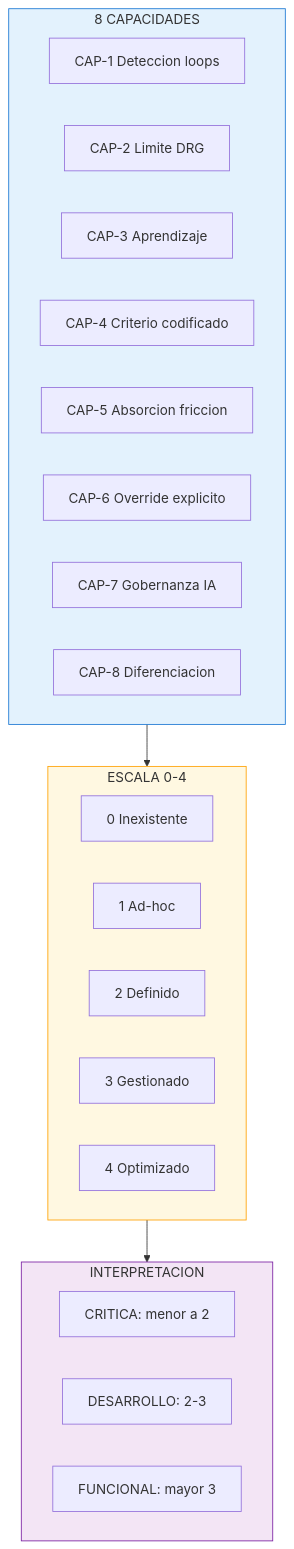
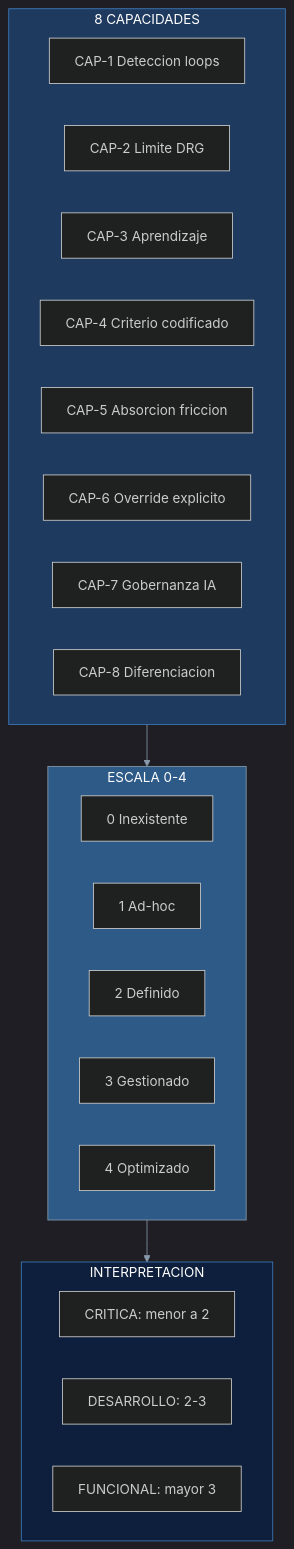
The diagram in assets/diagrams/AppE-radar-capacidades.mermaid (gonzalezulises/mas-control-mas-caos), drawn with Mermaid before and after one commit. The commit also changed 23 other files, not shown here.

First line of the commit message:
Update all diagrams: transparent backgrounds + cover palette

```diff
--- a/assets/diagrams/AppE-radar-capacidades.mermaid
+++ b/assets/diagrams/AppE-radar-capacidades.mermaid
@@ -1,33 +1,33 @@
-%%{init: {'flowchart': {'curve': 'basis'}}}%%
+%%{init: {'theme': 'dark', 'themeVariables': { 'primaryColor': '#1e3a5f', 'primaryTextColor': '#ffffff', 'primaryBorderColor': '#3d7ab7', 'lineColor': '#8899aa', 'secondaryColor': '#2d5a87', 'tertiaryColor': '#0d1f3c', 'background': 'transparent' }}}%%
 flowchart TB
     subgraph CAP["8 CAPACIDADES"]
         C1[CAP-1 Deteccion loops]
         C2[CAP-2 Limite DRG]
         C3[CAP-3 Aprendizaje]
         C4[CAP-4 Criterio codificado]
         C5[CAP-5 Absorcion friccion]
         C6[CAP-6 Override explicito]
         C7[CAP-7 Gobernanza IA]
         C8[CAP-8 Diferenciacion]
     end
 
     subgraph NIVELES["ESCALA 0-4"]
         N0[0 Inexistente]
         N1[1 Ad-hoc]
         N2[2 Definido]
         N3[3 Gestionado]
         N4[4 Optimizado]
     end
 
     subgraph ZONAS["INTERPRETACION"]
         Z1[CRITICA: menor a 2]
         Z2[DESARROLLO: 2-3]
         Z3[FUNCIONAL: mayor 3]
     end
 
     CAP --> NIVELES
     NIVELES --> ZONAS
 
-    style CAP fill:#e3f2fd,stroke:#1976d2
-    style NIVELES fill:#fff8e1,stroke:#ffa000
-    style ZONAS fill:#f3e5f5,stroke:#7b1fa2
+    style CAP fill:#1e3a5f,stroke:#3d7ab7,color:#ffffff
+    style NIVELES fill:#2d5a87,stroke:#8899aa,color:#ffffff
+    style ZONAS fill:#0d1f3c,stroke:#3d7ab7,color:#ffffff
```
